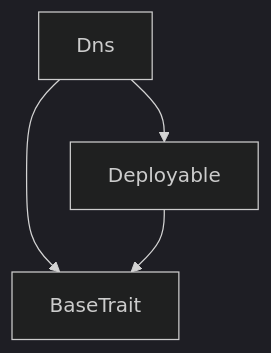
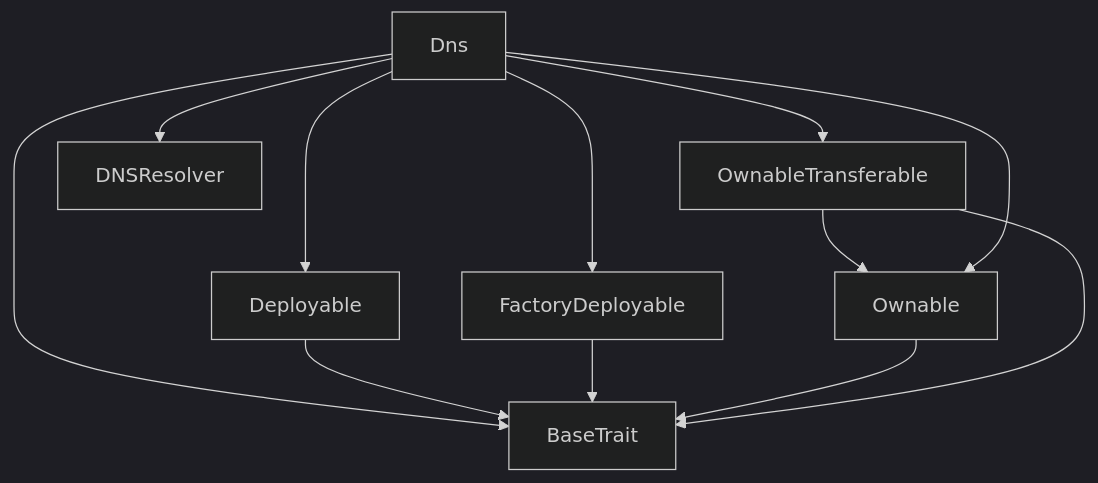
One commit to ankitgahlyan/phosphate changed the first of 2 diagrams in build/Dns/tact_Dns.md. Above: the diagram before and after it, drawn with Mermaid (dark theme). The commit also changed other lines of this file and 81 other files, not shown here.

````diff
--- a/build/Dns/tact_Dns.md
+++ b/build/Dns/tact_Dns.md
@@ -107,7 +190,15 @@
 ```mermaid
 graph TD
 Dns
 Dns --> BaseTrait
 Dns --> Deployable
 Deployable --> BaseTrait
+Dns --> FactoryDeployable
+FactoryDeployable --> BaseTrait
+Dns --> OwnableTransferable
+OwnableTransferable --> Ownable
+Ownable --> BaseTrait
+OwnableTransferable --> BaseTrait
+Dns --> Ownable
+Dns --> DNSResolver
 ```
````
